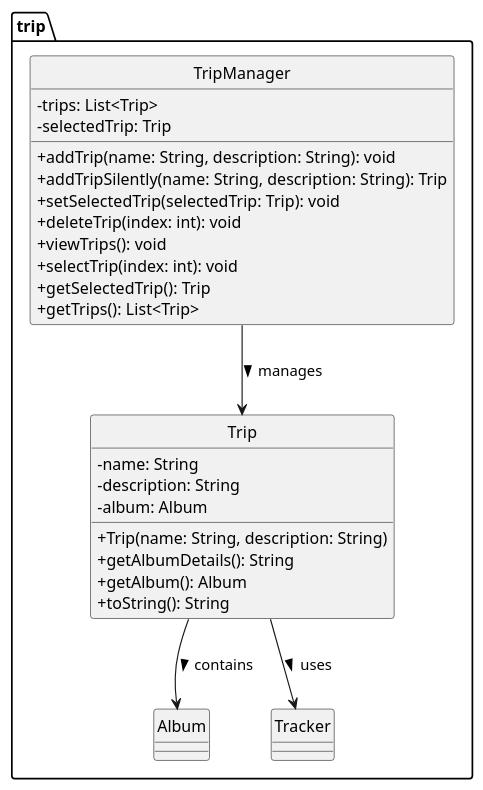
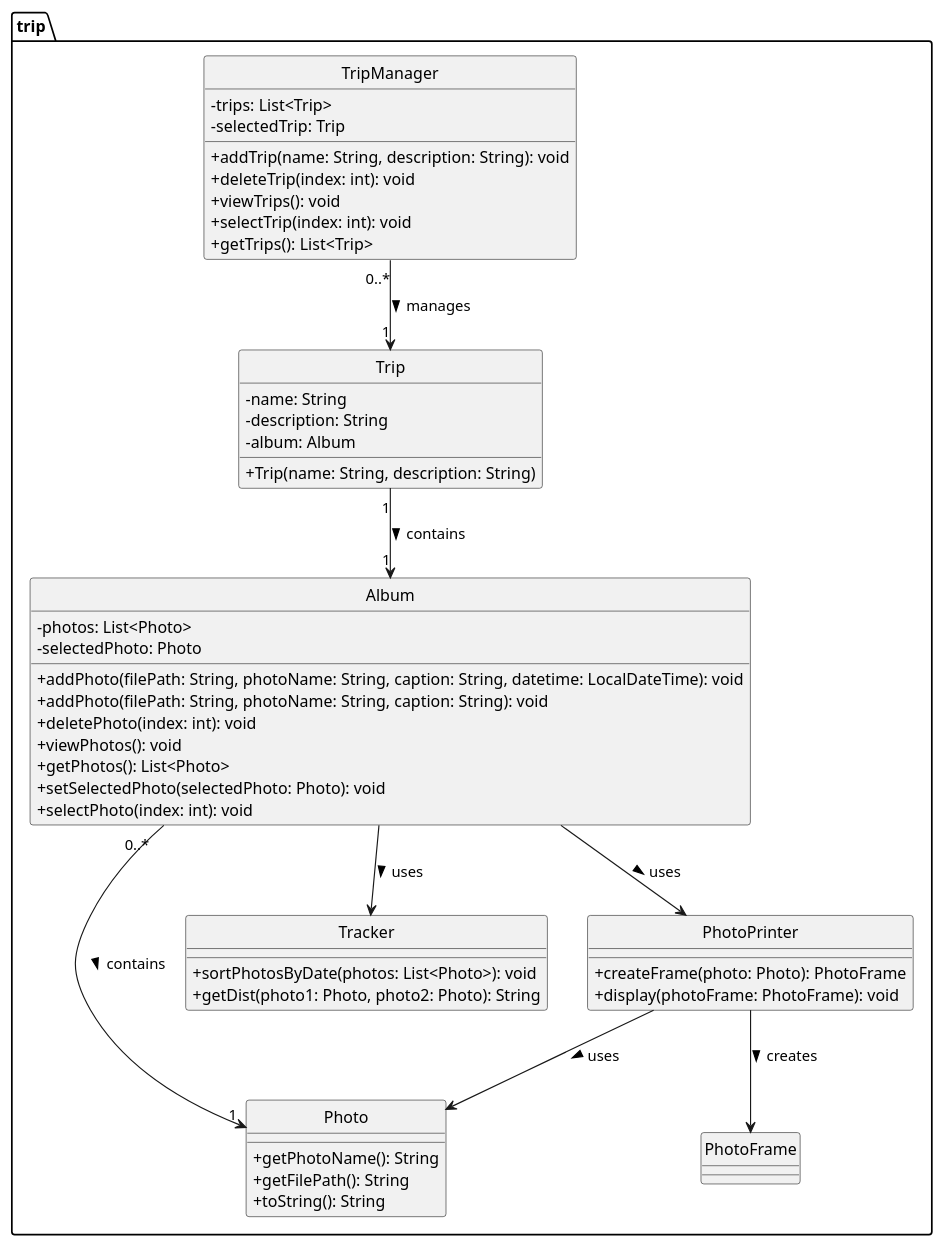
The diagram in docs/puml_files/TripManager.puml (ojassurana/tp), drawn with PlantUML before and after one commit.

Commit message:
Fix Trip Manager DG file

```diff
--- a/docs/puml_files/TripManager.puml
+++ b/docs/puml_files/TripManager.puml
@@ -1,33 +1,63 @@
 @startuml
 hide circle
 skinparam classAttributeIconSize 0
+
 package trip {
 
 class TripManager {
     - trips: List<Trip>
     - selectedTrip: Trip
     + addTrip(name: String, description: String): void
-    + addTripSilently(name: String, description: String): Trip
-    + setSelectedTrip(selectedTrip: Trip): void
     + deleteTrip(index: int): void
     + viewTrips(): void
     + selectTrip(index: int): void
-    + getSelectedTrip(): Trip
     + getTrips(): List<Trip>
 }
 
 class Trip {
     - name: String
     - description: String
     - album: Album
     + Trip(name: String, description: String)
-    + getAlbumDetails(): String
-    + getAlbum(): Album
+}
+
+class Album {
+    - photos: List<Photo>
+    - selectedPhoto: Photo
+    + addPhoto(filePath: String, photoName: String, caption: String, datetime: LocalDateTime): void
+    + addPhoto(filePath: String, photoName: String, caption: String): void
+    + deletePhoto(index: int): void
+    + viewPhotos(): void
+    + getPhotos(): List<Photo>
+    + setSelectedPhoto(selectedPhoto: Photo): void
+    + selectPhoto(index: int): void
+}
+
+class Photo {
+    + getPhotoName(): String
+    + getFilePath(): String
     + toString(): String
 }
 
-TripManager --> Trip : manages >
-Trip --> Album : contains >
-Trip --> Tracker : uses >
+class Tracker {
+    + sortPhotosByDate(photos: List<Photo>): void
+    + getDist(photo1: Photo, photo2: Photo): String
 }
+
+class PhotoFrame
+class PhotoPrinter {
+    + createFrame(photo: Photo): PhotoFrame
+    + display(photoFrame: PhotoFrame): void
+}
+
+TripManager "0..*" --> "1" Trip : manages >
+Trip "1" --> "1" Album : contains >
+Album "0..*" --> "1" Photo : contains >
+Album --> PhotoPrinter : uses >
+Album --> Tracker : uses >
+PhotoPrinter --> PhotoFrame : creates >
+PhotoPrinter --> Photo : uses >
+
+}
+
 @enduml
```
